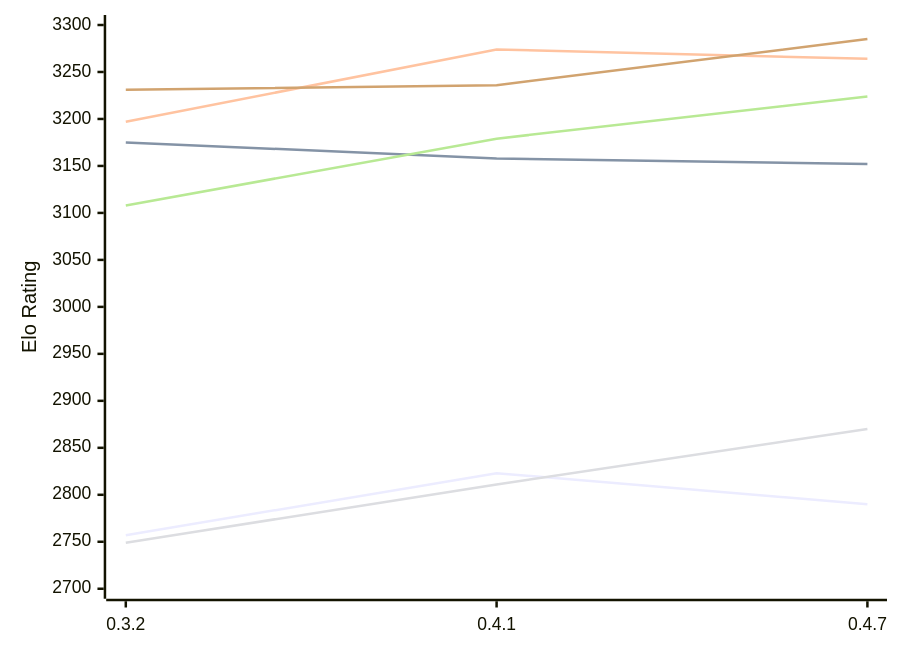
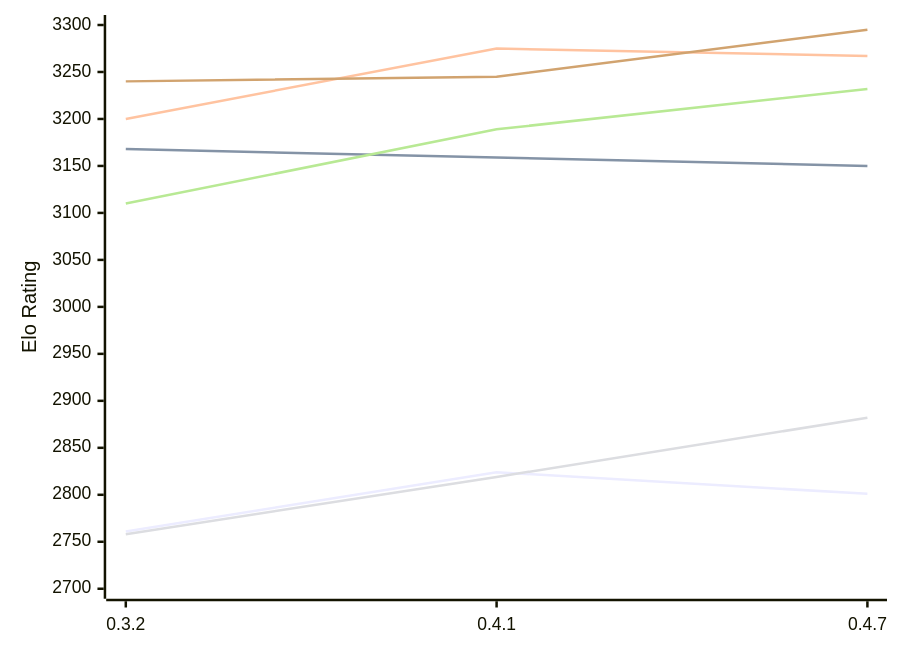
One commit to computer-chess-index/cci changed the diagram in engines/Arabica.md. Above: the diagram before and after it, drawn with Mermaid. The commit also changed other lines of this file, not shown here.

Commit message:
Update CCI Ratings (ELO VLTC) - 2026-11-25

````diff
--- a/engines/Arabica.md
+++ b/engines/Arabica.md
@@ -51,12 +51,12 @@
 ```mermaid
 %%{init: {"theme":"base","themeVariables":{"seriesColors:['#a3a3a3','#222221','#faa371']}}}%%
 xychart-beta
   x-axis ["0.3.2", "0.4.1", "0.4.7"]
   y-axis "Elo Rating" 2700 --> 3300
-  line "E1: STC (8.0+0.08s)" [2757, 2823, 2790]
-  line "E1: LTC (60.0+0.60s)" [3175, 3158, 3152]
-  line "E1: VLTC (2m24s+1.12s)" [3197, 3274, 3264]
-  line "P1: STC (8.0+0.08s)" [2749, 2811, 2870]
-  line "P1: LTC (60.0+0.60s)" [3108, 3179, 3224]
-  line "P1: VLTC (2m24s+1.12s)" [3231, 3236, 3285]
+  line "E1: STC (8.0+0.08s)" [2761, 2824, 2801]
+  line "E1: LTC (60.0+0.60s)" [3168, 3159, 3150]
+  line "E1: VLTC (2m24s+1.12s)" [3200, 3275, 3267]
+  line "P1: STC (8.0+0.08s)" [2758, 2819, 2882]
+  line "P1: LTC (60.0+0.60s)" [3110, 3189, 3232]
+  line "P1: VLTC (2m24s+1.12s)" [3240, 3245, 3295]
 ```
````
